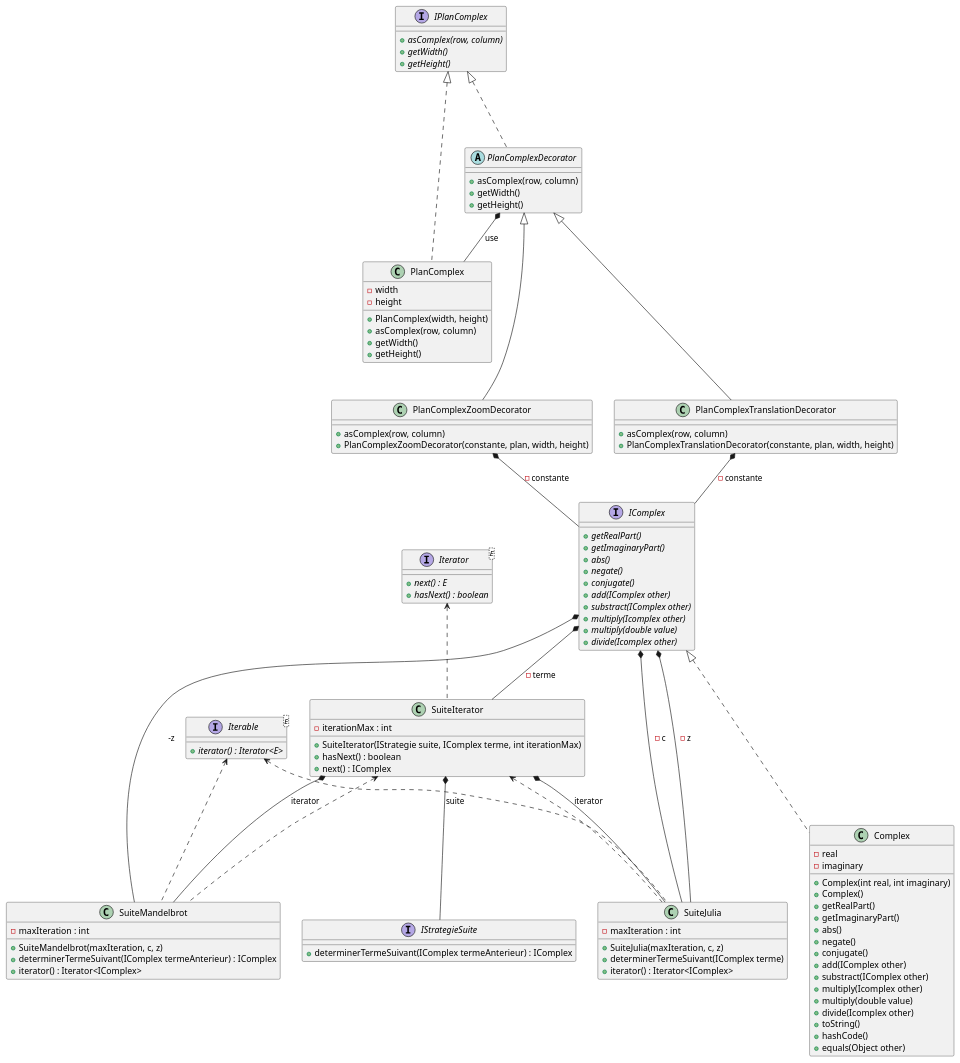
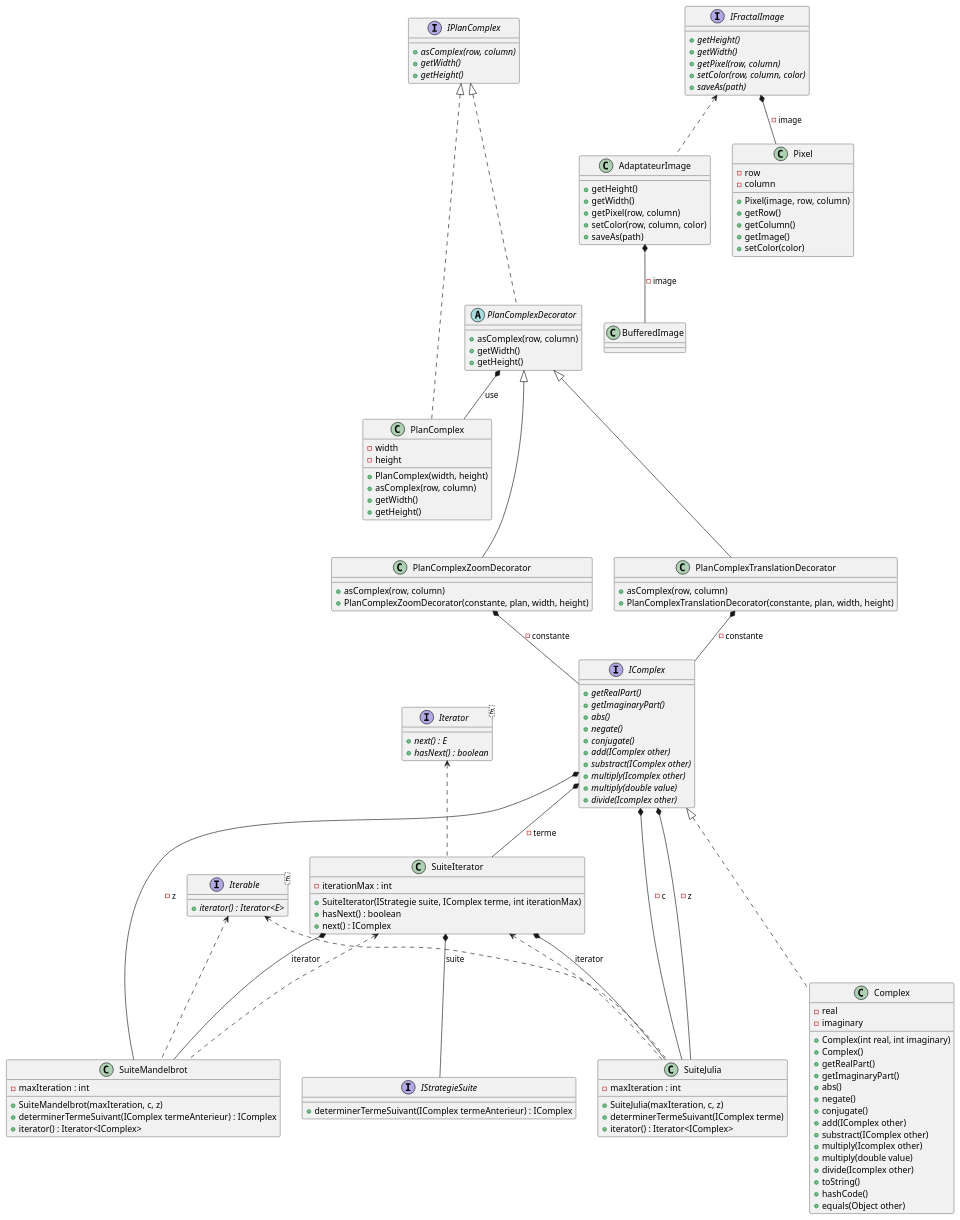
One commit to FACON-Nicolas/fractals-generator changed the diagram in README.md. Above: the diagram before and after it, drawn with PlantUML.

Commit message:
feat/ ajout création img au diagramme

```diff
--- a/README.md
+++ b/README.md
@@ -107,8 +107,42 @@
  + {abstract} iterator() : Iterator<E>
 }
 
+class BufferedImage {
+
+}
+
+interface IFractalImage {
+ + {abstract} getHeight()
+ +{abstract} getWidth()
+ + {abstract} getPixel(row, column)
+ + {abstract} setColor(row, column, color)
+ + {abstract} saveAs(path)
+}
+
+class AdaptateurImage {
+  +  getHeight()
+ + getWidth()
+ +  getPixel(row, column)
+ +  setColor(row, column, color)
+ +  saveAs(path)
+}
+
+class Pixel {
+ - row
+ - column
+ + Pixel(image, row, column)
+ + getRow()
+ + getColumn()
+ + getImage()
+ + setColor(color)
+}
+
+IFractalImage *-- Pixel : - image
 SuiteIterator *-- IStrategieSuite : suite
 Iterator <--[dashed] SuiteIterator
+
+IFractalImage <--[dashed] AdaptateurImage
+AdaptateurImage *-- BufferedImage : - image
 
 SuiteIterator <--[dashed] SuiteMandelbrot
 Iterable <--[dashed] SuiteMandelbrot
@@ -121,7 +155,7 @@
 IComplex *-- SuiteIterator: - terme
 IComplex *-- SuiteJulia : - c
 IComplex *-- SuiteJulia : - z
-IComplex *-- SuiteMandelbrot : -z
+IComplex *-- SuiteMandelbrot : - z
 
 IComplex <|---[dashed]Complex
 IPlanComplex<|---[dashed]PlanComplexDecorator
```
